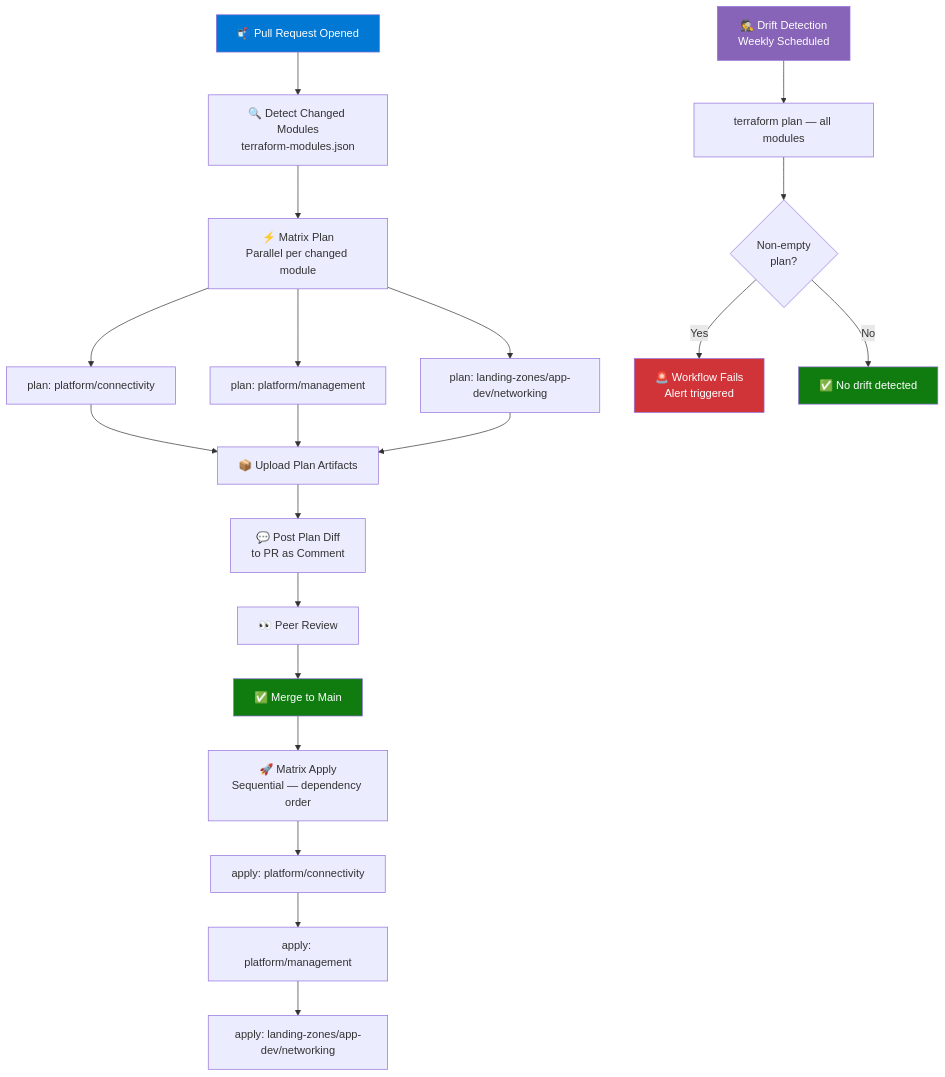
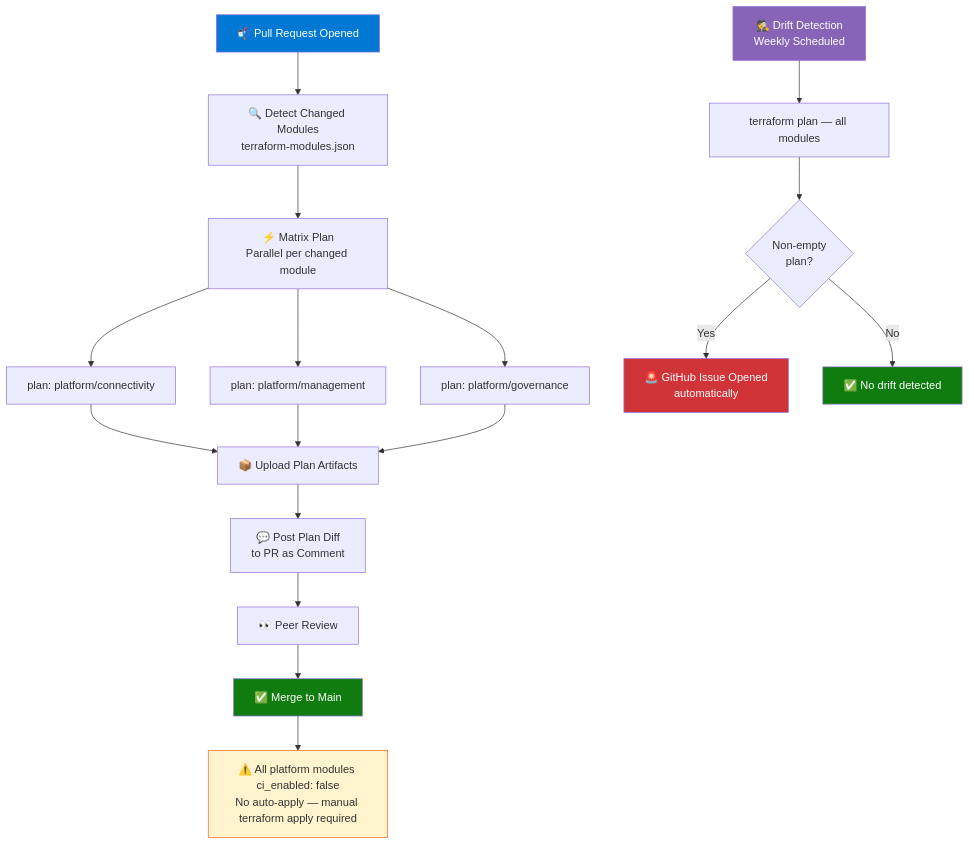
One commit to moshstaq/azure-landing-zone changed the fifth of 6 diagrams in docs/architecture.md. Above: the diagram before and after it, drawn with Mermaid. The commit also changed other lines of this file, not shown here.

Commit message:
docs: Update the repo architecture

````diff
--- a/docs/architecture.md
+++ b/docs/architecture.md
@@ -147,38 +148,36 @@
 ```mermaid
 flowchart TD
     PR["📬 Pull Request Opened"]
     DETECT["🔍 Detect Changed Modules\nterraform-modules.json"]
     MATRIX_PLAN["⚡ Matrix Plan\nParallel per changed module"]
 
     PR --> DETECT
     DETECT --> MATRIX_PLAN
 
     MATRIX_PLAN --> P1["plan: platform/connectivity"]
     MATRIX_PLAN --> P2["plan: platform/management"]
-    MATRIX_PLAN --> P3["plan: landing-zones/app-dev/networking"]
+    MATRIX_PLAN --> P3["plan: platform/governance"]
 
     P1 --> ART["📦 Upload Plan Artifacts"]
     P2 --> ART
     P3 --> ART
 
     ART --> COMMENT["💬 Post Plan Diff\nto PR as Comment"]
     COMMENT --> REVIEW["👀 Peer Review"]
     REVIEW --> MERGE["✅ Merge to Main"]
 
-    MERGE --> MATRIX_APPLY["🚀 Matrix Apply\nSequential — dependency order"]
-    MATRIX_APPLY --> A1["apply: platform/connectivity"]
-    A1 --> A2["apply: platform/management"]
-    A2 --> A3["apply: landing-zones/app-dev/networking"]
+    MERGE --> NOTE["⚠️ All platform modules ci_enabled: false\nNo auto-apply — manual terraform apply required"]
 
     DRIFT["🕵️ Drift Detection\nWeekly Scheduled"]
     DRIFT --> PLAN_ALL["terraform plan — all modules"]
     PLAN_ALL --> DIFF{"Non-empty\nplan?"}
-    DIFF -->|Yes| ALERT["🚨 Workflow Fails\nAlert triggered"]
+    DIFF -->|Yes| ALERT["🚨 GitHub Issue Opened\nautomatically"]
     DIFF -->|No| OK["✅ No drift detected"]
 
     style PR fill:#0078D4,color:#fff
     style MERGE fill:#107c10,color:#fff
     style ALERT fill:#d13438,color:#fff
     style OK fill:#107c10,color:#fff
     style DRIFT fill:#8764b8,color:#fff
+    style NOTE fill:#fff4ce,stroke:#f7630c
 ```
````
